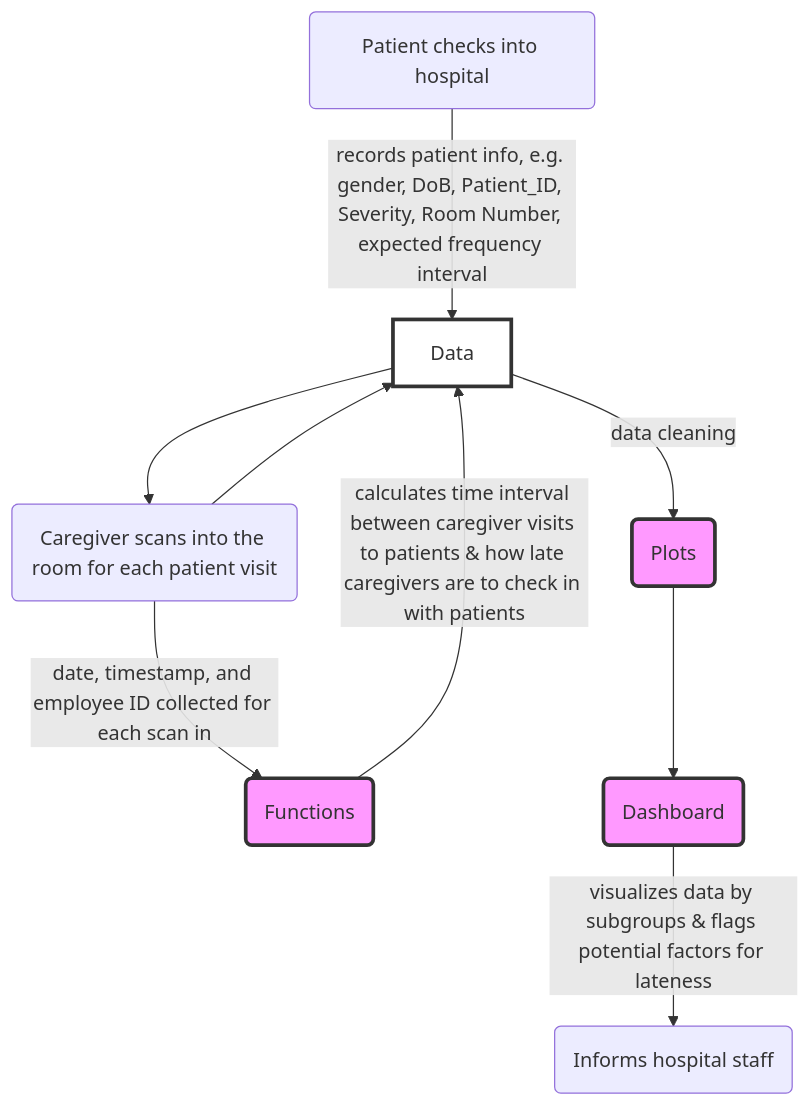
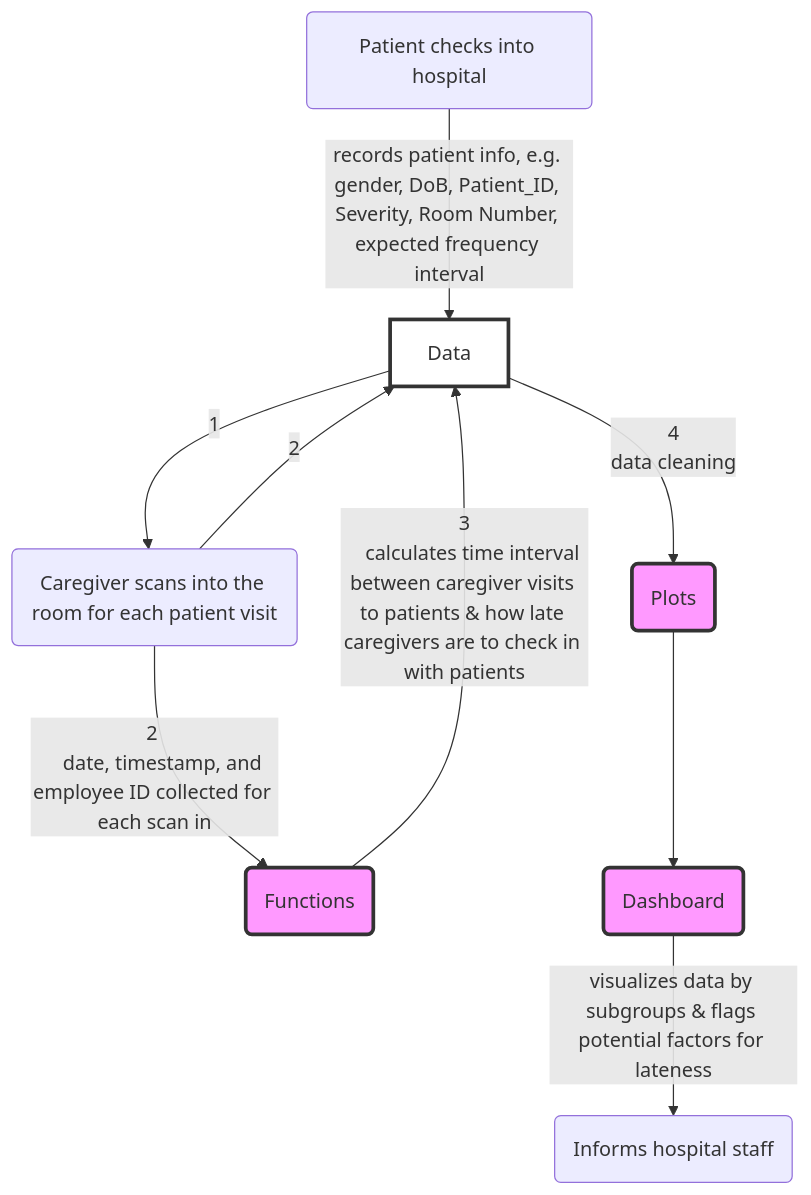
The diagram in README.md (ZibinSong/SYSEN-5300-HACKATHON---Tim-s-Left-Foot-), drawn with Mermaid before and after one commit.

```diff
--- a/README.md
+++ b/README.md
@@ -79,16 +79,19 @@
 ~~~mermaid
 flowchart TD
     A(Patient checks into hospital) -->|records patient info, e.g. gender, DoB, Patient_ID, Severity, Room Number, expected frequency interval| B[Data]
-    B --> C(Caregiver scans into the room for each patient visit)
-    C --> |date, timestamp, and employee ID collected for each scan in| D(Functions)
-    C --> B
-    D --> |calculates time interval between caregiver visits to patients & how late caregivers are to check in with patients|B
-    B --> |data cleaning|E(Plots)
+    B --> |1|C(Caregiver scans into the room for each patient visit)
+    C --> |2 
+    date, timestamp, and employee ID collected for each scan in| D(Functions)
+    C --> |2|B
+    D --> |3
+    calculates time interval between caregiver visits to patients & how late caregivers are to check in with patients|B
+    B --> |4
+    data cleaning|E(Plots)
     E --> F(Dashboard)
     F --> |visualizes data by subgroups & flags potential factors for lateness| G(Informs hospital staff)
 
    style D fill:#f9f,stroke:#333,stroke-width:3px
       style E fill:#f9f,stroke:#333,stroke-width:3px
          style F fill:#f9f,stroke:#333,stroke-width:3px
                   style B fill:#fff,stroke:#333,stroke-width:3px
 ~~~
```
